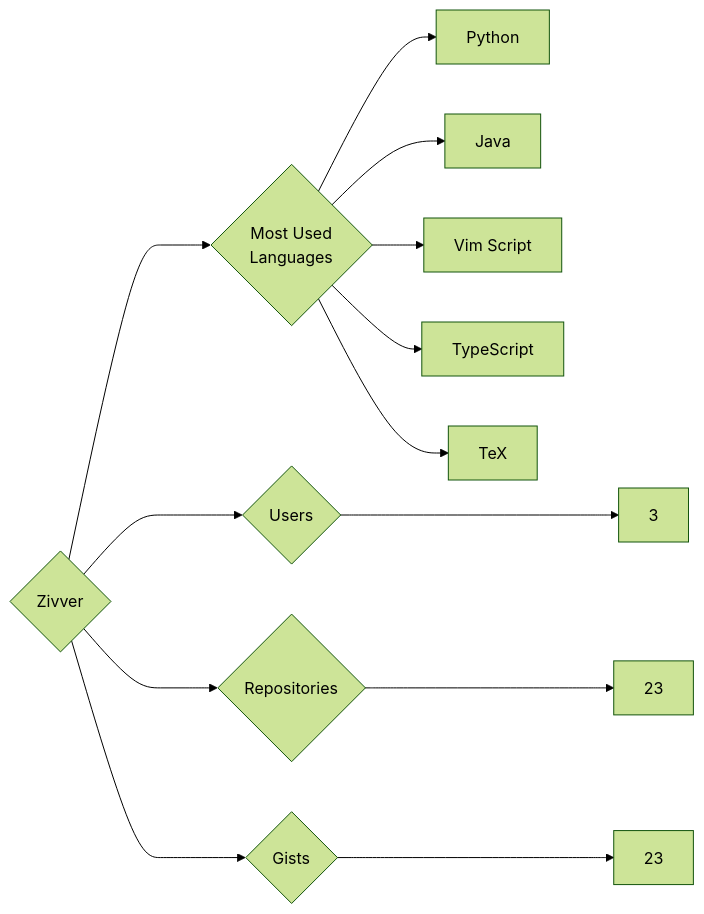
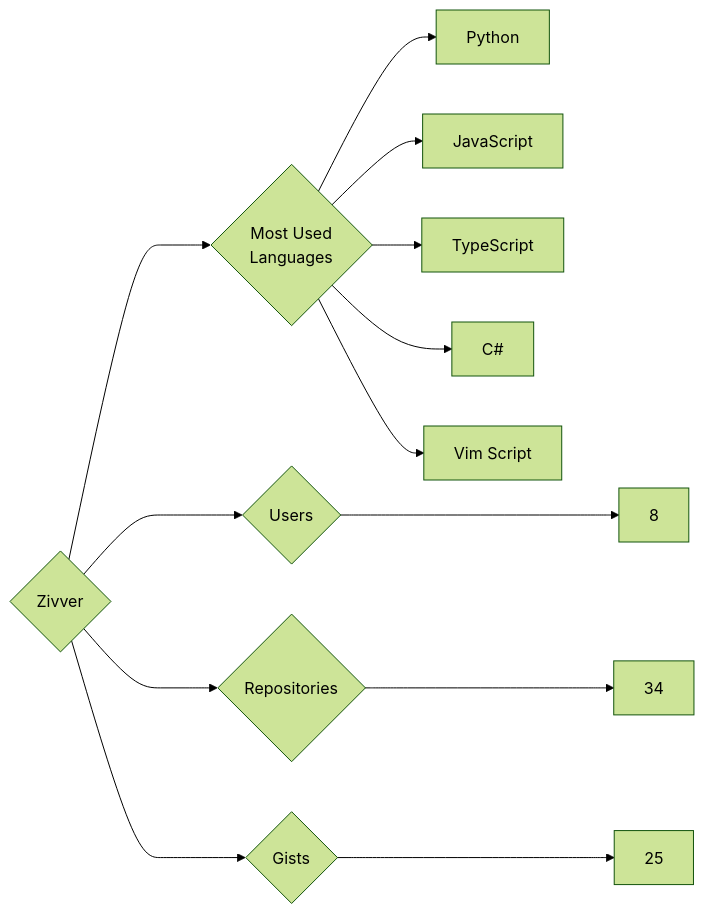
Before and after one commit to trickest/insiders: the diagram in targets/Zivver/README.md, drawn with Mermaid (forest theme). The commit also changed 715 other files, not shown here.

````diff
--- a/targets/Zivver/README.md
+++ b/targets/Zivver/README.md
@@ -3,13 +3,13 @@
 ```mermaid
 graph LR
 COMPANY_NAME{Zivver}
-COMPANY_NAME ---> U{Users} ---> UN[3]
-COMPANY_NAME ---> R{Repositories} ---> RN[23]
-COMPANY_NAME ---> G{Gists} ---> GN[23]
+COMPANY_NAME ---> U{Users} ---> UN[8]
+COMPANY_NAME ---> R{Repositories} ---> RN[34]
+COMPANY_NAME ---> G{Gists} ---> GN[25]
 COMPANY_NAME ---> ML{Most Used<br>Languages}
 ML --> Python[Python]
-ML --> Java[Java]
+ML --> JavaScript[JavaScript]
+ML --> TypeScript[TypeScript]
+ML --> C#[C#]
 ML --> Vim_Script[Vim Script]
-ML --> TypeScript[TypeScript]
-ML --> TeX[TeX]
 ```
````
